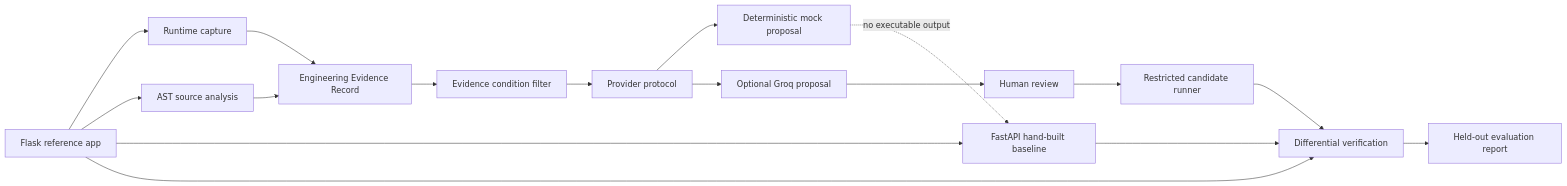
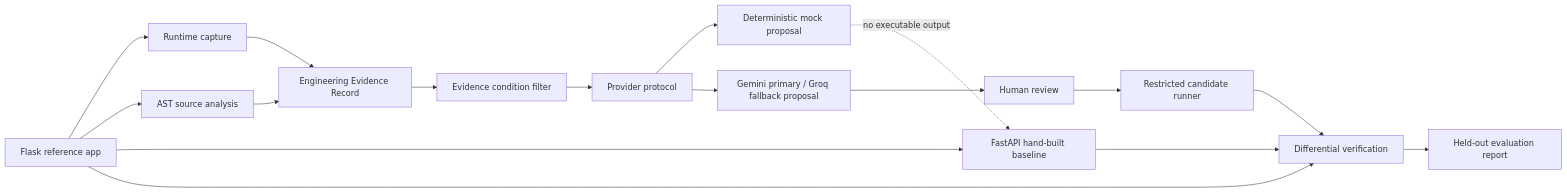
Before and after one commit to karthik-009g/LegacyLift-AI-Assisted-Legacy-Software-Modernization-with-Automated-Functional-Verification: the diagram in docs/architecture.md, drawn with Mermaid. The commit also changed other lines of this file, not shown here.

Commit message:
Document Gemini-first provider boundary

````diff
--- a/docs/architecture.md
+++ b/docs/architecture.md
@@ -5,19 +5,19 @@
 ```mermaid
 flowchart LR
     A[Flask reference app] --> B[Runtime capture]
     A --> C[AST source analysis]
     B --> D[Engineering Evidence Record]
     C --> D
     D --> E[Evidence condition filter]
     E --> F[Provider protocol]
     F --> G[Deterministic mock proposal]
-    F --> K[Optional Groq proposal]
+    F --> K[Gemini primary / Groq fallback proposal]
     K --> L[Human review]
     L --> M[Restricted candidate runner]
     M --> I
     A --> H[FastAPI hand-built baseline]
     G -. no executable output .-> H
     A --> I[Differential verification]
     H --> I
     I --> J[Held-out evaluation report]
 ```
````
